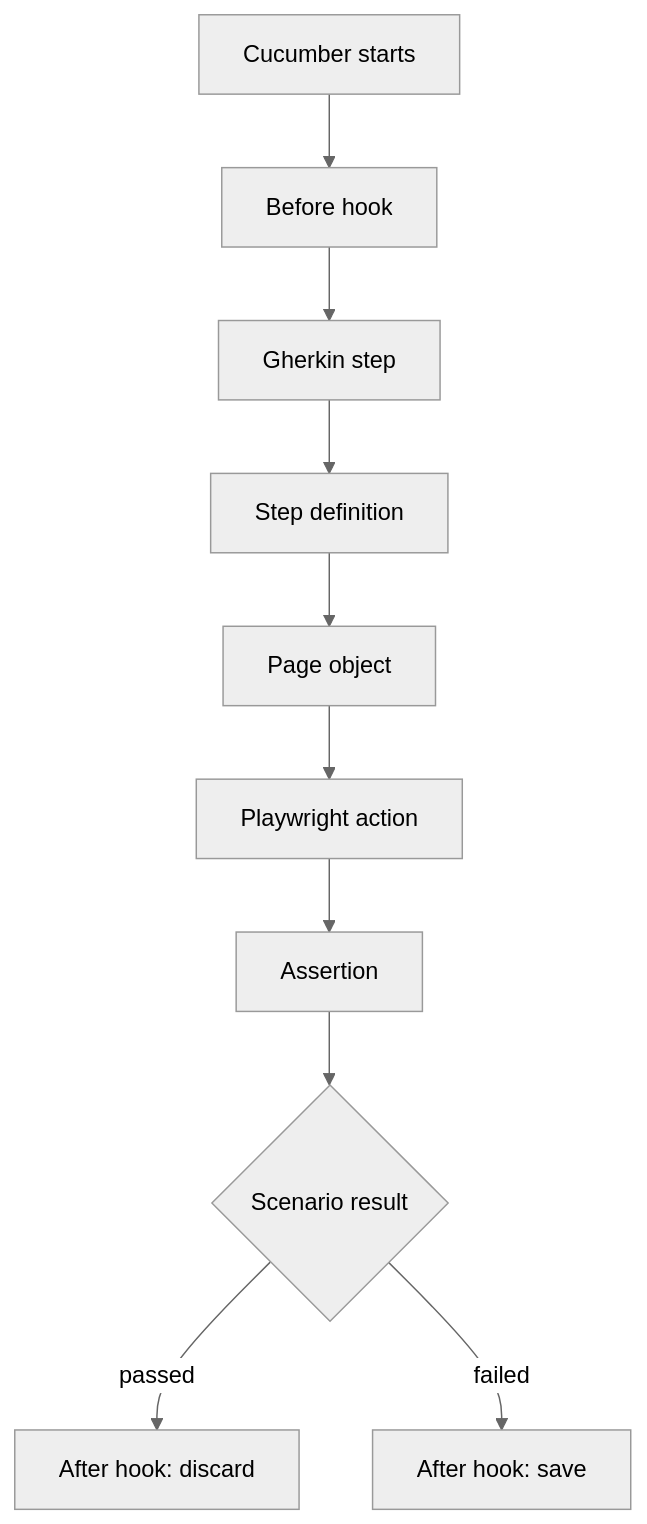
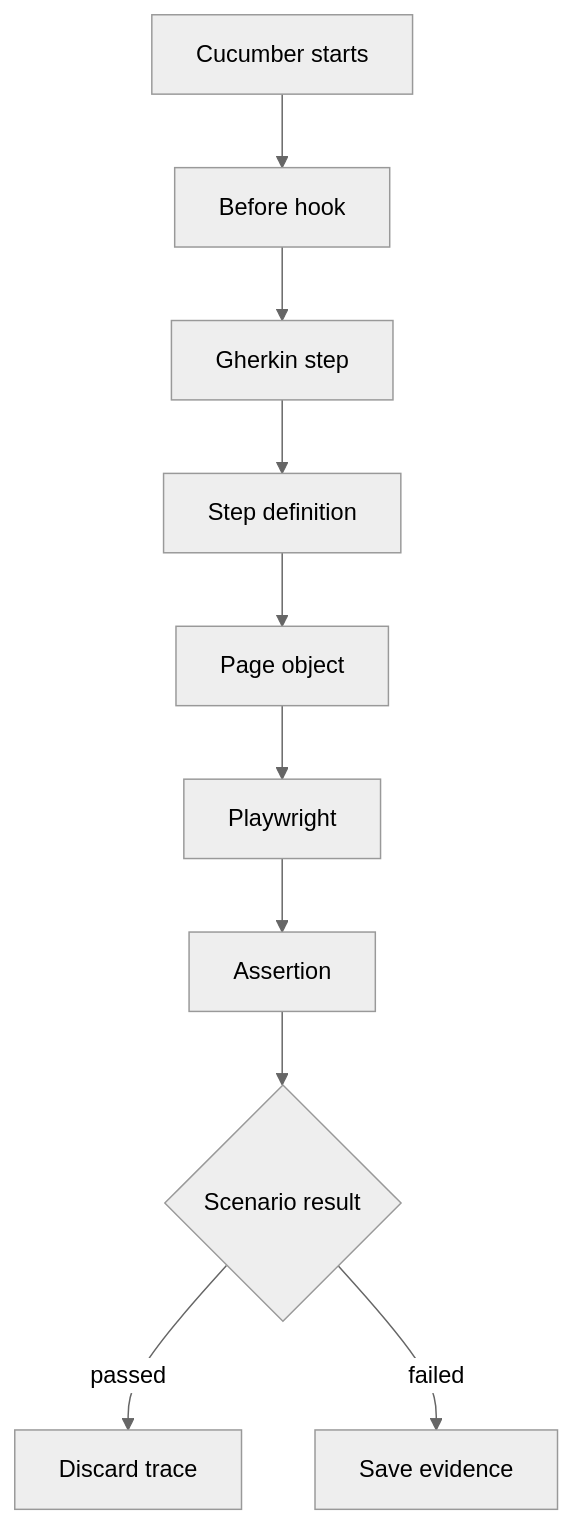
One commit to RolanV/ZincBank changed the diagram in README.md. Above: the diagram before and after it, drawn with Mermaid (neutral theme).

Commit message:
docs: finalize README diagram labels

````diff
--- a/README.md
+++ b/README.md
@@ -86,12 +86,12 @@
 ```mermaid
 flowchart TD
     A["Cucumber starts"] --> B["Before hook"]
     B --> C["Gherkin step"]
     C --> D["Step definition"]
     D --> E["Page object"]
-    E --> F["Playwright action"]
+    E --> F["Playwright"]
     F --> G["Assertion"]
     G --> H{"Scenario result"}
-    H -->|passed| I["After hook: discard"]
-    H -->|failed| J["After hook: save"]
+    H -->|passed| I["Discard trace"]
+    H -->|failed| J["Save evidence"]
 ```
````
